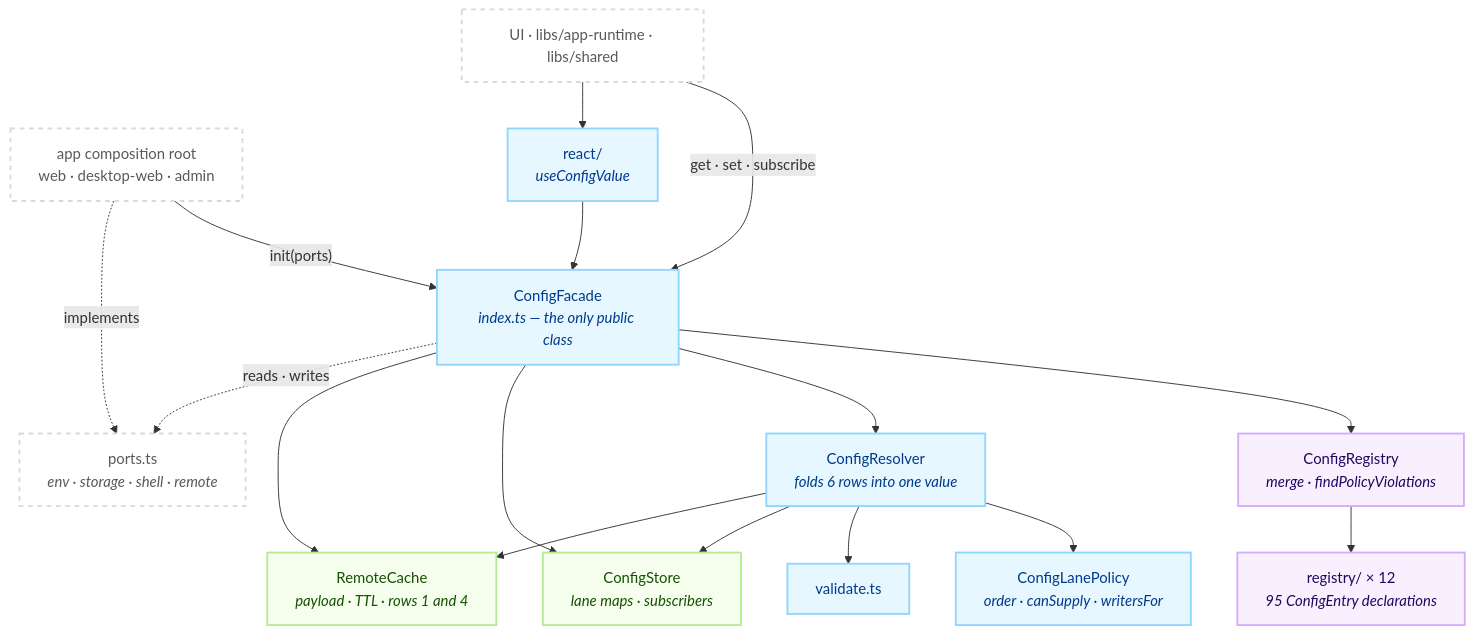
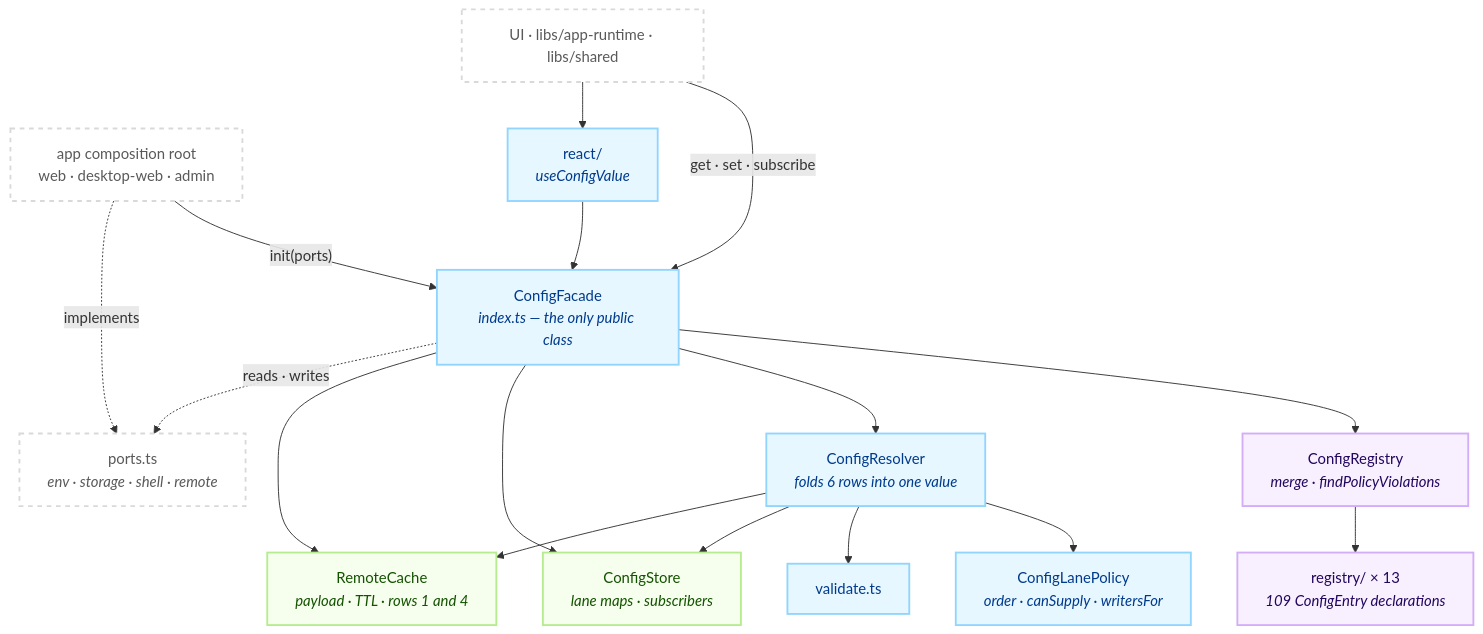
One commit to lemoncloud-io/dou-app changed the first of 2 diagrams in libs/config/README.md. Above: the diagram before and after it, drawn with Mermaid. The commit also changed other lines of this file and 12 other files, not shown here.

````diff
--- a/libs/config/README.md
+++ b/libs/config/README.md
@@ -60,40 +62,40 @@
 ```mermaid
 flowchart TD
     classDef decl fill:#f9f0ff,stroke:#d3adf7,stroke-width:2px,color:#22075e;
     classDef resl fill:#e6f7ff,stroke:#91d5ff,stroke-width:2px,color:#003a8c;
     classDef hold fill:#f6ffed,stroke:#b7eb8f,stroke-width:2px,color:#135200;
     classDef ext fill:#ffffff,stroke:#d9d9d9,stroke-width:2px,color:#595959,stroke-dasharray: 5 5;
 
     App["app composition root<br/>web · desktop-web · admin"]:::ext
     UI["UI · libs/app-runtime · libs/shared"]:::ext
 
     Facade["ConfigFacade<br/><i>index.ts — the only public class</i>"]:::resl
     React["react/<br/><i>useConfigValue</i>"]:::resl
 
     Registry["ConfigRegistry<br/><i>merge · findPolicyViolations</i>"]:::decl
-    Modules["registry/ × 12<br/><i>95 ConfigEntry declarations</i>"]:::decl
+    Modules["registry/ × 13<br/><i>109 ConfigEntry declarations</i>"]:::decl
 
     Resolver["ConfigResolver<br/><i>folds 6 rows into one value</i>"]:::resl
     Policy["ConfigLanePolicy<br/><i>order · canSupply · writersFor</i>"]:::resl
     Validate["validate.ts"]:::resl
 
     Store["ConfigStore<br/><i>lane maps · subscribers</i>"]:::hold
     Remote["RemoteCache<br/><i>payload · TTL · rows 1 and 4</i>"]:::hold
 
     Ports["ports.ts<br/><i>env · storage · shell · remote</i>"]:::ext
 
     App -->|"init(ports)"| Facade
     UI -->|"get · set · subscribe"| Facade
     UI --> React
     React --> Facade
     Facade --> Registry --> Modules
     Facade --> Resolver
     Facade --> Store
     Facade --> Remote
     Resolver --> Policy
     Resolver --> Validate
     Resolver --> Store
     Resolver --> Remote
     Facade -.->|"reads · writes"| Ports
     App -.->|"implements"| Ports
 ```
````
